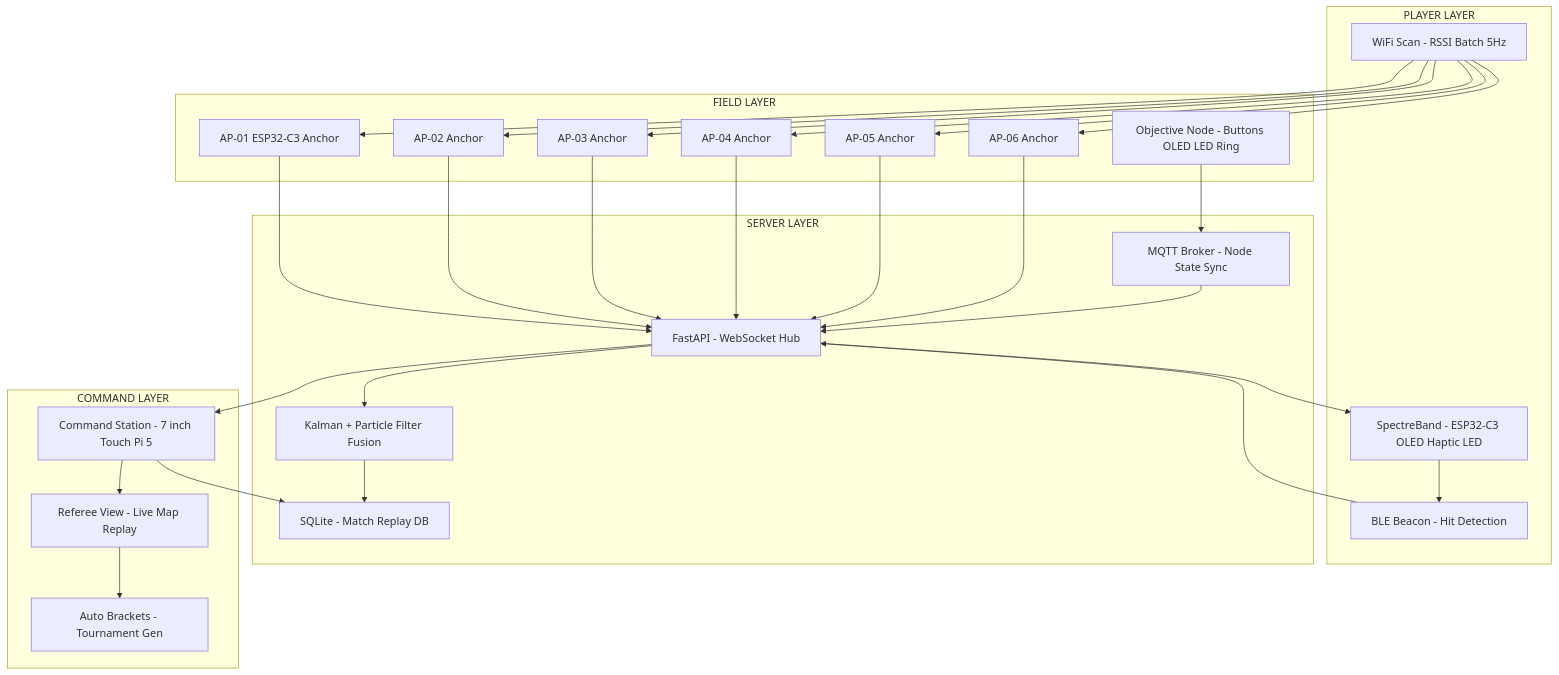
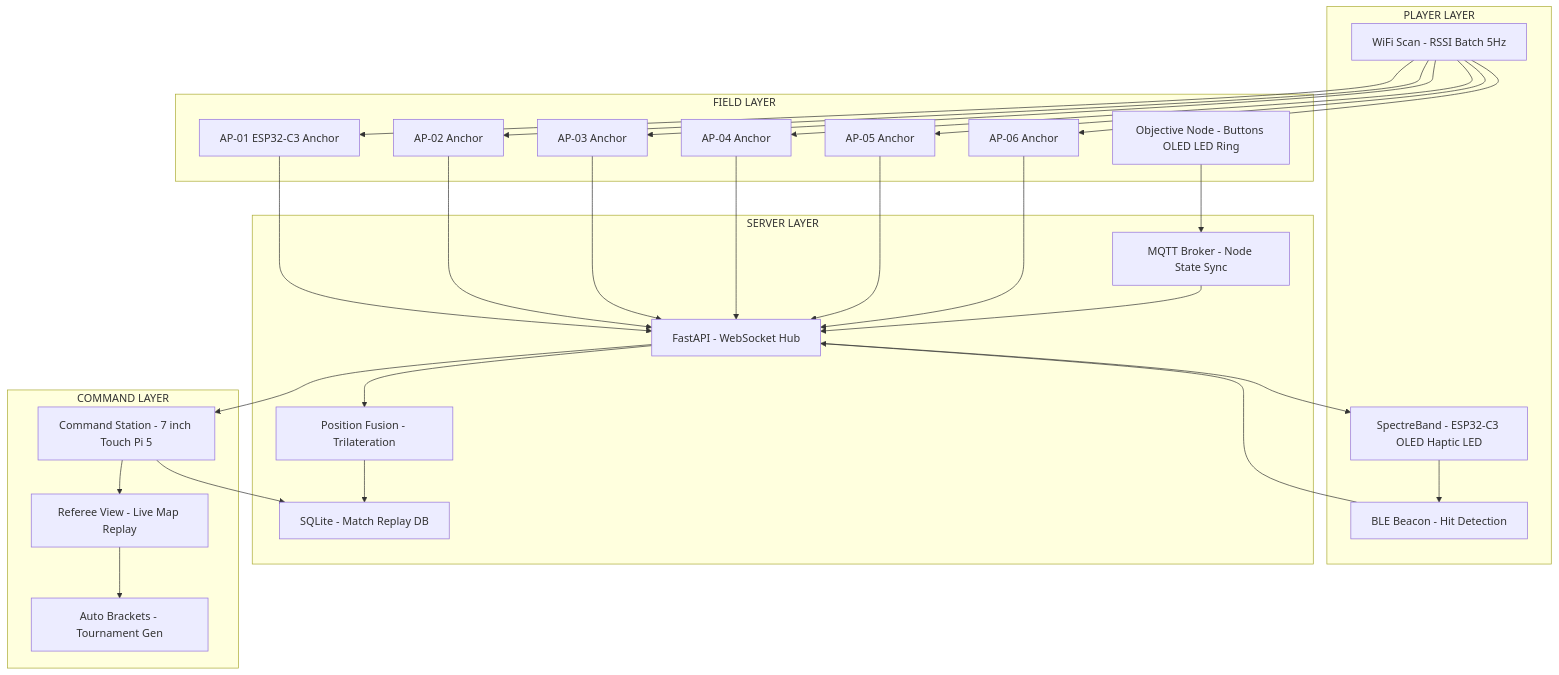
One commit to toxicwind/paintball-field changed the first of 5 diagrams in README.md. Above: the diagram before and after it, drawn with Mermaid. The commit also changed other lines of this file and 36 other files, not shown here.

````diff
--- a/README.md
+++ b/README.md
@@ -112,45 +115,45 @@
 ```mermaid
 flowchart TB
     subgraph FIELD["FIELD LAYER"]
         AP1["AP-01 ESP32-C3 Anchor"]
         AP2["AP-02 Anchor"]
         AP3["AP-03 Anchor"]
         AP4["AP-04 Anchor"]
         AP5["AP-05 Anchor"]
         AP6["AP-06 Anchor"]
         NODE["Objective Node - Buttons OLED LED Ring"]
     end
 
     subgraph PLAYER["PLAYER LAYER"]
         BAND["SpectreBand - ESP32-C3 OLED Haptic LED"]
         BLE["BLE Beacon - Hit Detection"]
         WIFI["WiFi Scan - RSSI Batch 5Hz"]
     end
 
     subgraph SERVER["SERVER LAYER"]
         FASTAPI["FastAPI - WebSocket Hub"]
-        FUSION["Kalman + Particle Filter Fusion"]
+        FUSION["Position Fusion - Trilateration"]
         SQLITE["SQLite - Match Replay DB"]
         MQTT["MQTT Broker - Node State Sync"]
     end
 
     subgraph COMMAND["COMMAND LAYER"]
         TABLET["Command Station - 7 inch Touch Pi 5"]
         REFEREE["Referee View - Live Map Replay"]
         BRACKET["Auto Brackets - Tournament Gen"]
     end
 
     WIFI --> AP1 & AP2 & AP3 & AP4 & AP5 & AP6
     AP1 & AP2 & AP3 & AP4 & AP5 & AP6 --> FASTAPI
     BAND --> BLE
     BLE --> FASTAPI
     FASTAPI --> BAND
     FASTAPI --> FUSION
     FUSION --> SQLITE
     NODE --> MQTT
     MQTT --> FASTAPI
     FASTAPI --> TABLET
     TABLET --> SQLITE
     TABLET --> REFEREE
     REFEREE --> BRACKET
 ```
````
